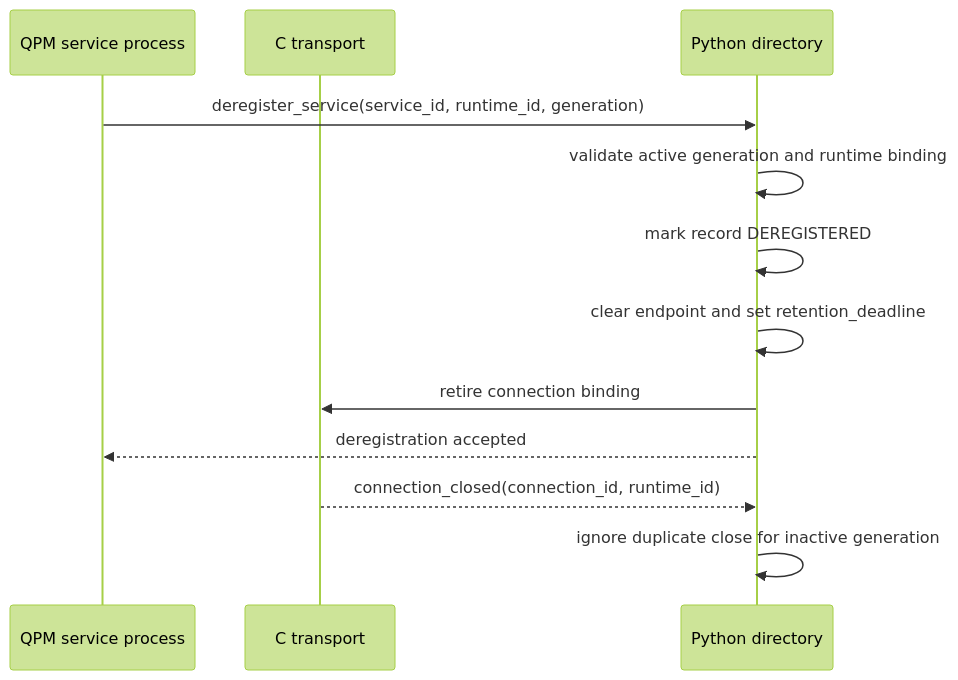
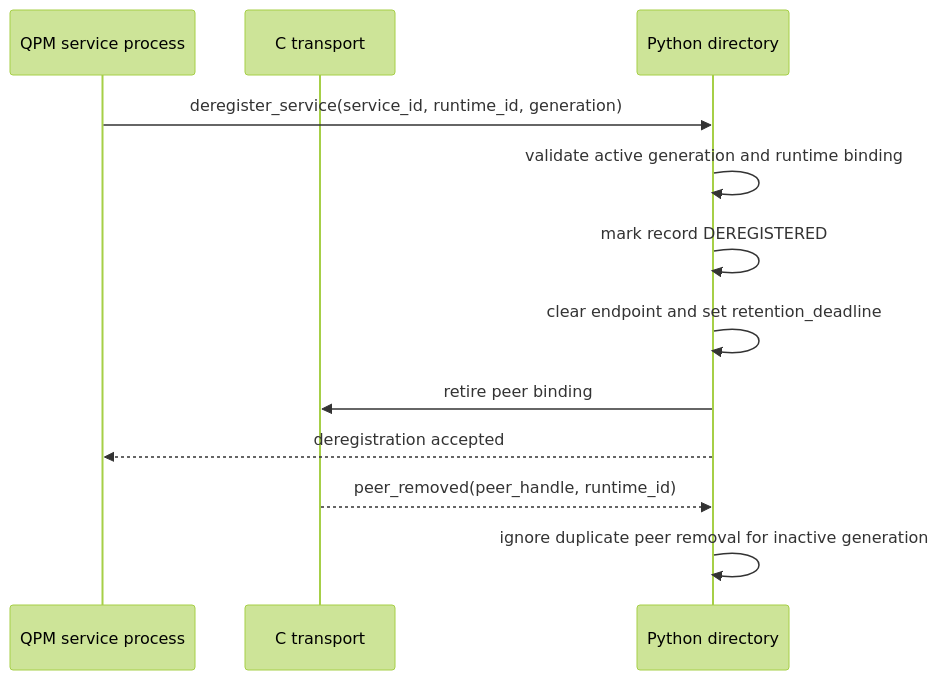
The eighth of 8 diagrams in docs/detailed-design.md (openQSE/QFw), drawn with Mermaid (forest theme) before and after one commit. The commit also changed other lines of this file, not shown here.

````diff
--- a/docs/detailed-design.md
+++ b/docs/detailed-design.md
@@ -699,15 +1062,15 @@
 ```mermaid
 sequenceDiagram
     participant Service as QPM service process
     participant C as C transport
     participant Dir as Python directory
 
     Service->>Dir: deregister_service(service_id, runtime_id, generation)
     Dir->>Dir: validate active generation and runtime binding
     Dir->>Dir: mark record DEREGISTERED
     Dir->>Dir: clear endpoint and set retention_deadline
-    Dir->>C: retire connection binding
+    Dir->>C: retire peer binding
     Dir-->>Service: deregistration accepted
-    C-->>Dir: connection_closed(connection_id, runtime_id)
-    Dir->>Dir: ignore duplicate close for inactive generation
+    C-->>Dir: peer_removed(peer_handle, runtime_id)
+    Dir->>Dir: ignore duplicate peer removal for inactive generation
 ```
````
